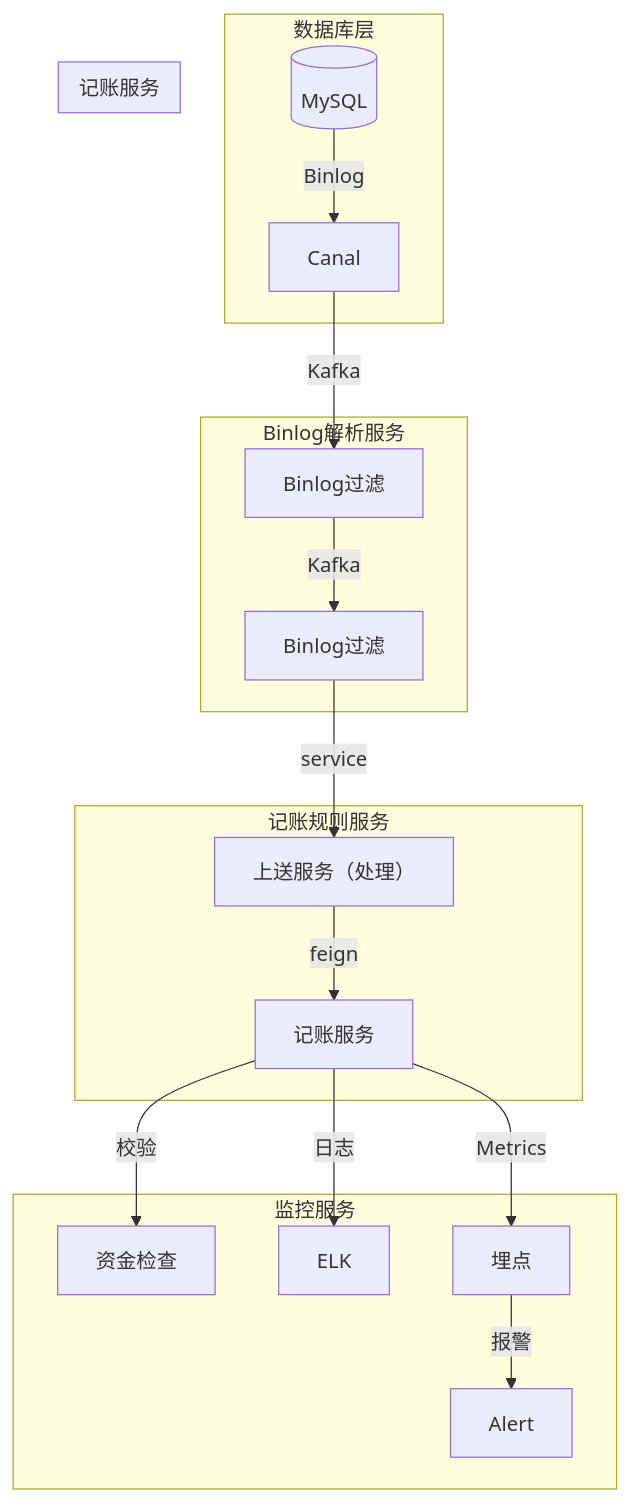
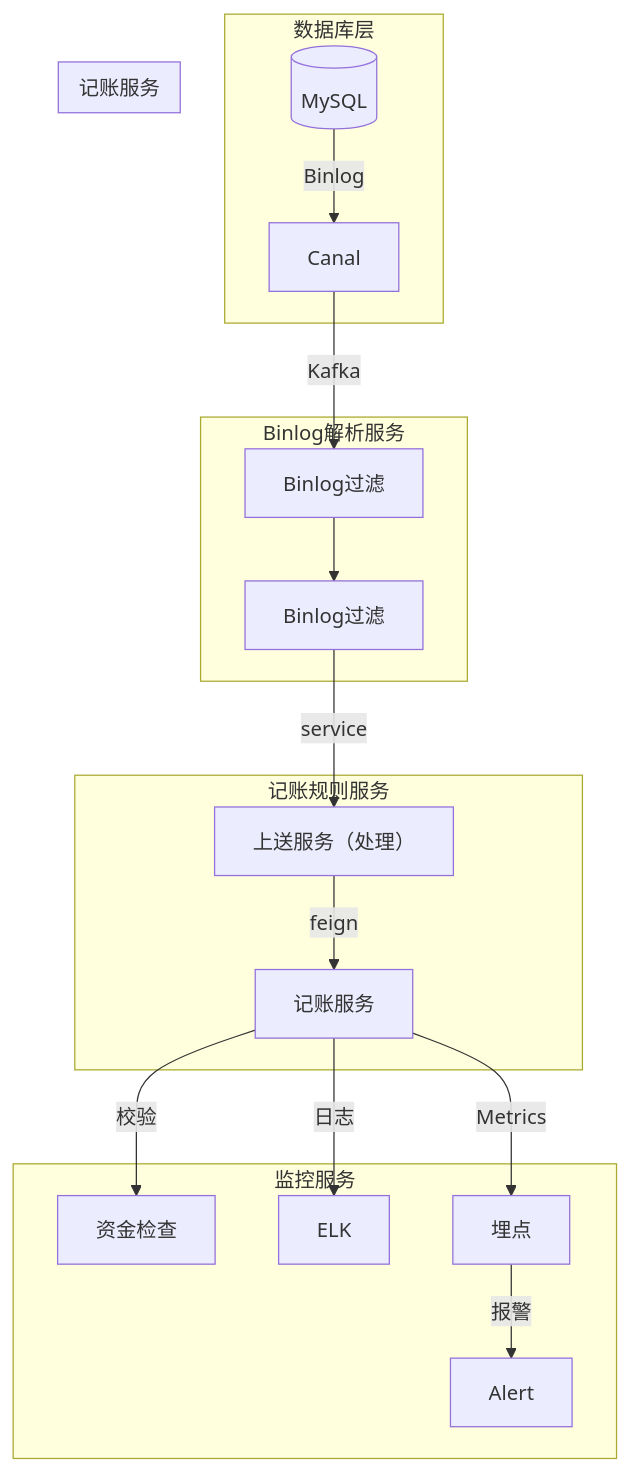
Before and after one commit to 87828943/iodraw-files: the diagram in all/记账架构图.md, drawn with Mermaid.

Commit message:
2025-07-07 14:42:29 update

````diff
--- a/all/记账架构图.md
+++ b/all/记账架构图.md
@@ -1,24 +1,23 @@
 ```mermaid
 graph TB
     subgraph 数据库层
         DB[(MySQL)] -->|Binlog| Canal
     end
     subgraph Binlog解析服务
         Canal -->|Kafka| Parser[Binlog过滤]
-        Parser -->|Kafka| Parser2[Binlog过滤]
+        Parser --> Parser2[Binlog过滤]
     end
     subgraph 记账规则服务
-        
         Parser2 -->|service| Engine[上送服务（处理）]
         Engine -->|feign| Accounting[记账服务]
     end
     subgraph 记账服务
        
     end
     subgraph 监控服务
         Accounting --> |校验| 资金检查
         Accounting -->|日志| ELK
         Accounting -->|Metrics| 埋点
         埋点 -->|报警| Alert
     end
 ```
````
